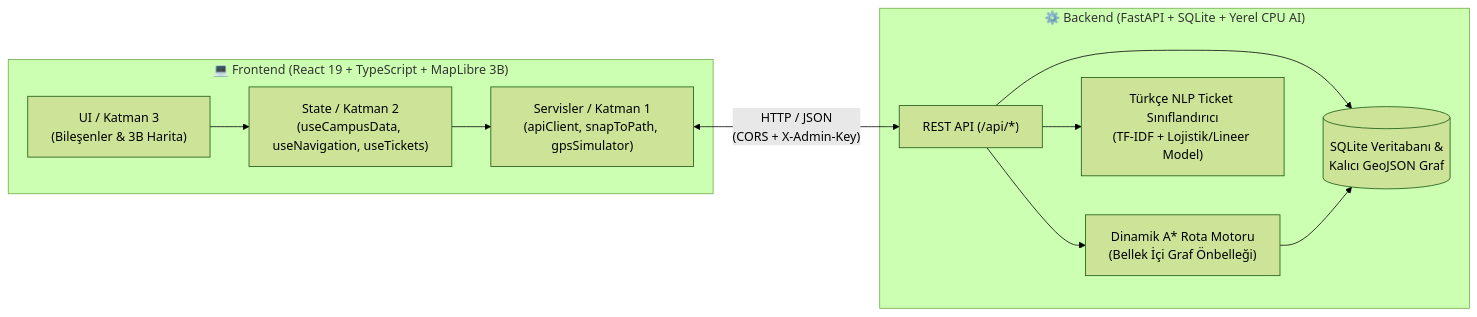
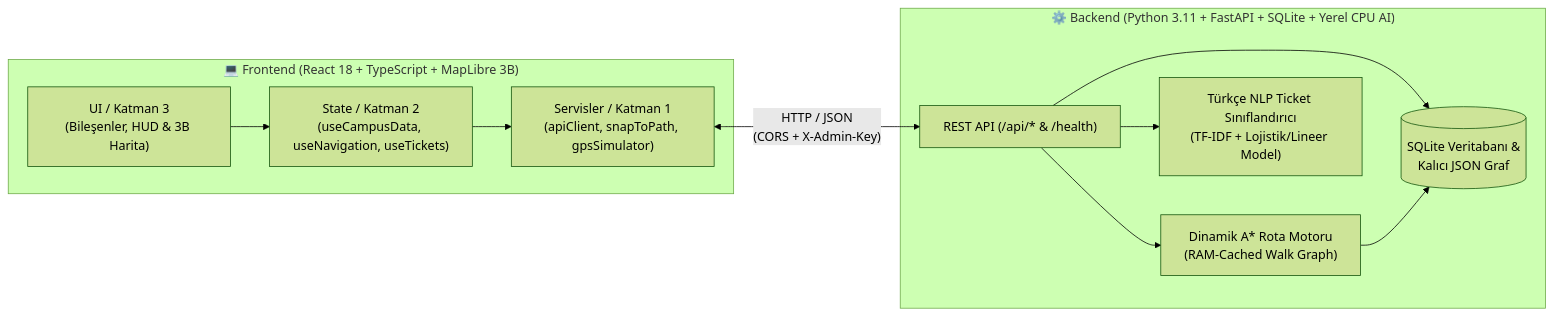
One commit to MehmetBalci43/GTU-NAV changed the diagram in README.md. Above: the diagram before and after it, drawn with Mermaid (forest theme). The commit also changed other lines of this file and 3 other files, not shown here.

````diff
--- a/README.md
+++ b/README.md
@@ -24,22 +40,22 @@
 ```mermaid
 flowchart LR
-    subgraph Client ["💻 Frontend (React 19 + TypeScript + MapLibre 3B)"]
-        UI["UI / Katman 3\n(Bileşenler & 3B Harita)"]
+    subgraph Client ["💻 Frontend (React 18 + TypeScript + MapLibre 3B)"]
+        UI["UI / Katman 3\n(Bileşenler, HUD & 3B Harita)"]
         Hooks["State / Katman 2\n(useCampusData, useNavigation, useTickets)"]
         Services["Servisler / Katman 1\n(apiClient, snapToPath, gpsSimulator)"]
         UI --> Hooks --> Services
     end
 
-    subgraph Server ["⚙️ Backend (FastAPI + SQLite + Yerel CPU AI)"]
-        API["REST API (/api/*)"]
-        AStar["Dinamik A* Rota Motoru\n(Bellek İçi Graf Önbelleği)"]
+    subgraph Server ["⚙️ Backend (Python 3.11 + FastAPI + SQLite + Yerel CPU AI)"]
+        API["REST API (/api/* & /health)"]
+        AStar["Dinamik A* Rota Motoru\n(RAM-Cached Walk Graph)"]
         AI["Türkçe NLP Ticket Sınıflandırıcı\n(TF-IDF + Lojistik/Lineer Model)"]
-        DB[("SQLite Veritabanı &\nKalıcı GeoJSON Graf")]
+        DB[("SQLite Veritabanı &\nKalıcı JSON Graf")]
         API --> AStar
         API --> AI
         API --> DB
         AStar --> DB
     end
 
     Services <-->|"HTTP / JSON\n(CORS + X-Admin-Key)"| API
 ```
````
